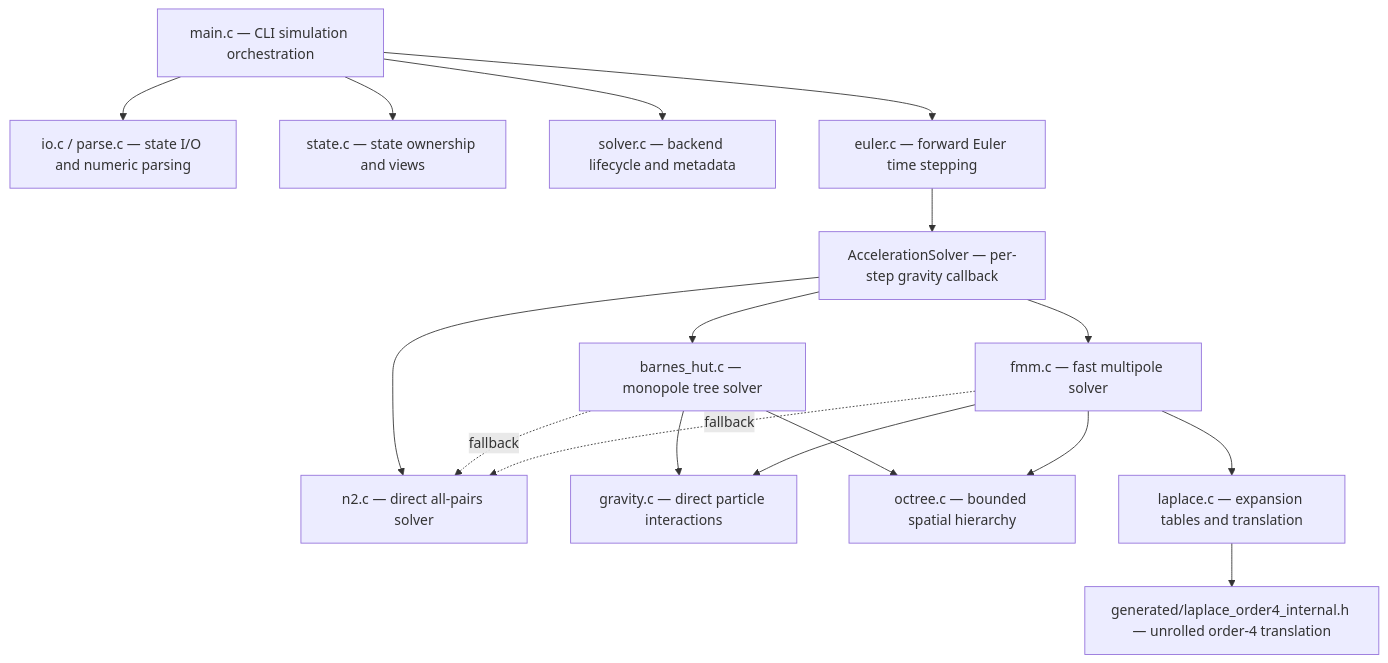
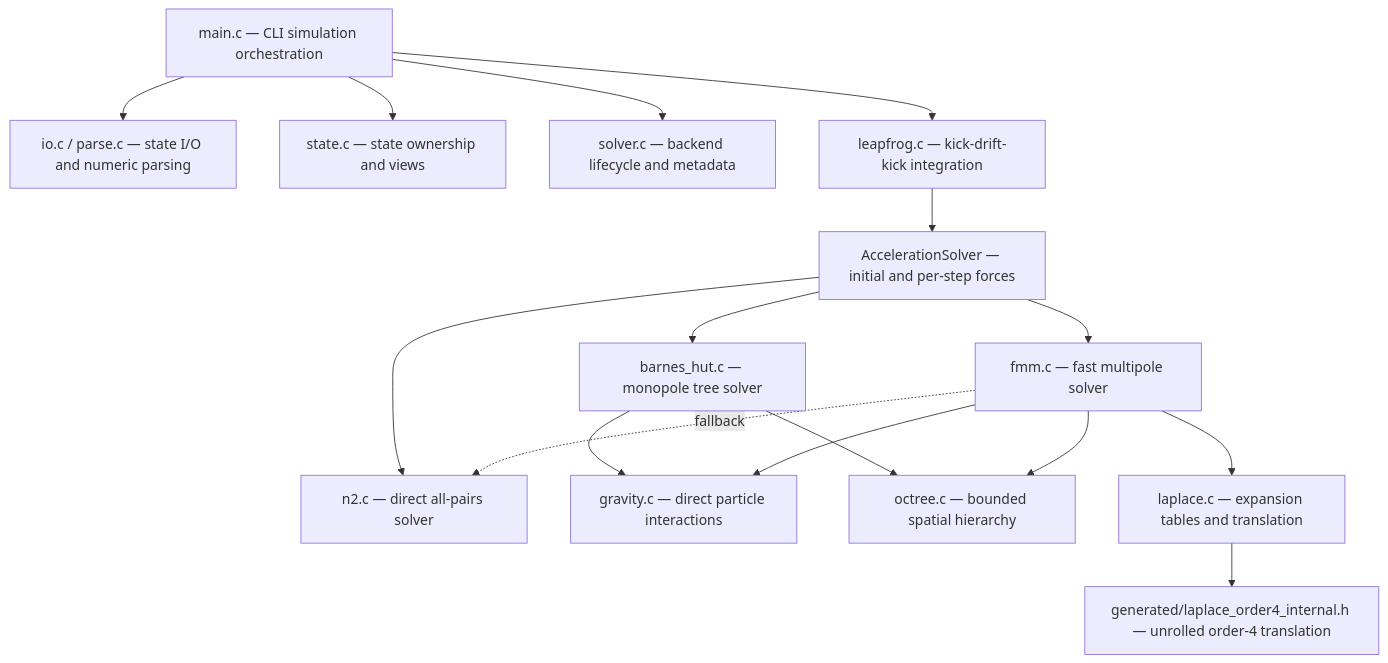
Before and after one commit to RyanTomich/NBodySim: the diagram in docs/architecture.mmd, drawn with Mermaid. The commit also changed 24 other files, not shown here.

```diff
--- a/docs/architecture.mmd
+++ b/docs/architecture.mmd
@@ -1,17 +1,22 @@
 flowchart TD
     M["main.c — CLI simulation orchestration"] --> IO["io.c / parse.c — state I/O and numeric parsing"]
     M --> S["state.c — state ownership and views"]
     M --> R["solver.c — backend lifecycle and metadata"]
-    M --> E["euler.c — forward Euler time stepping"]
-    E --> CB["AccelerationSolver — per-step gravity callback"]
+    M --> E["leapfrog.c — kick-drift-kick integration"]
+    E --> CB["AccelerationSolver — initial and per-step forces"]
     CB --> N2["n2.c — direct all-pairs solver"]
     CB --> BH["barnes_hut.c — monopole tree solver"]
     CB --> F["fmm.c — fast multipole solver"]
-    BH -. fallback .-> N2
     F -. fallback .-> N2
     BH --> G["gravity.c — direct particle interactions"]
     F --> G
     BH --> O["octree.c — bounded spatial hierarchy"]
     F --> O
     F --> L["laplace.c — expansion tables and translation"]
     L --> GEN["generated/laplace_order4_internal.h — unrolled order-4 translation"]
+
+%% Every nonempty positive-step call recomputes initial acceleration, then uses
+%% one force evaluation per step. Forces depend only on masses and positions;
+%% post-drift velocities are half-step values. Publish acceleration only after
+%% the whole callback; return full-step velocities and final-position forces.
+%% Empty or zero-step calls preserve state and invoke no solver.
```
